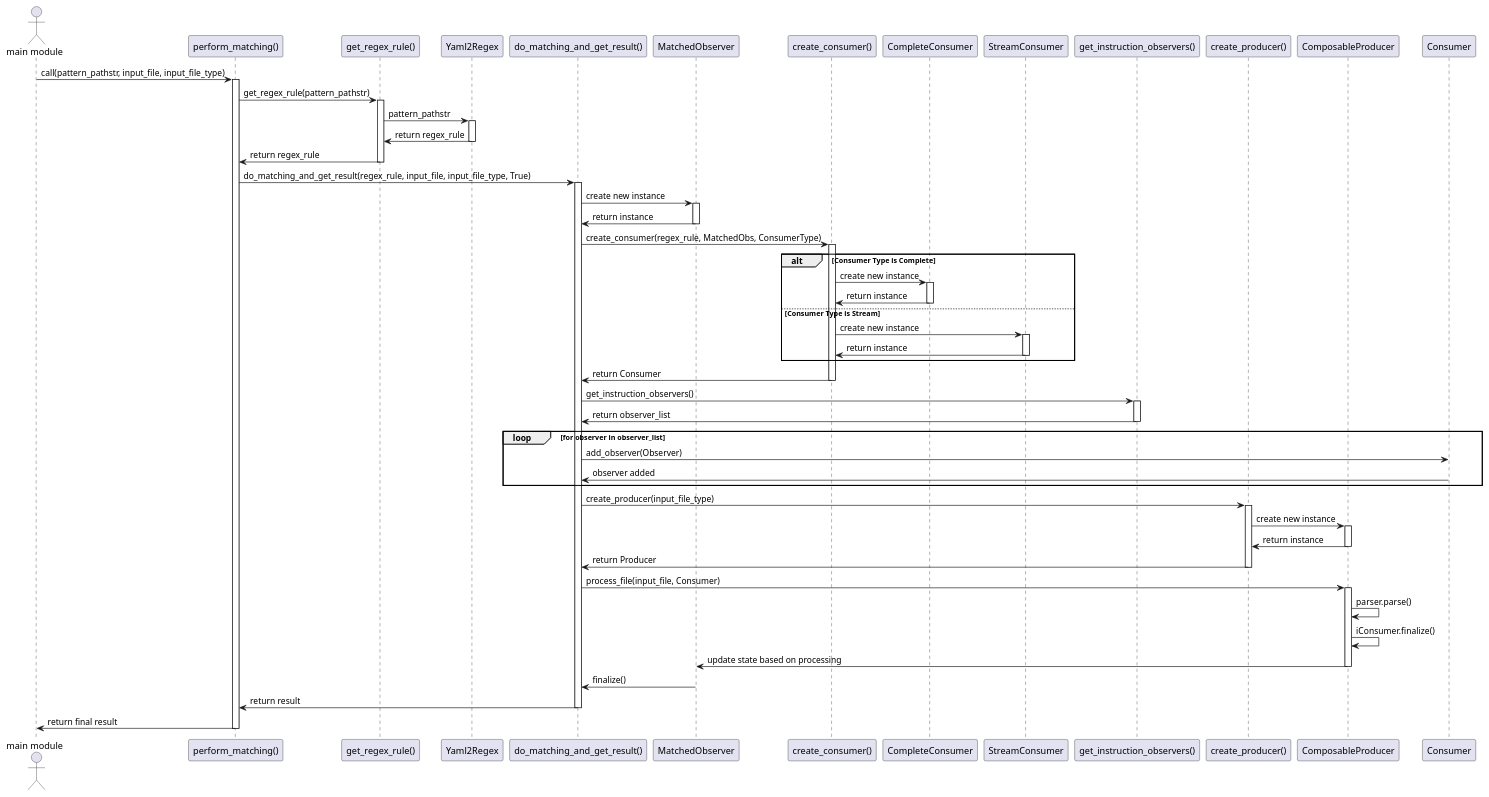
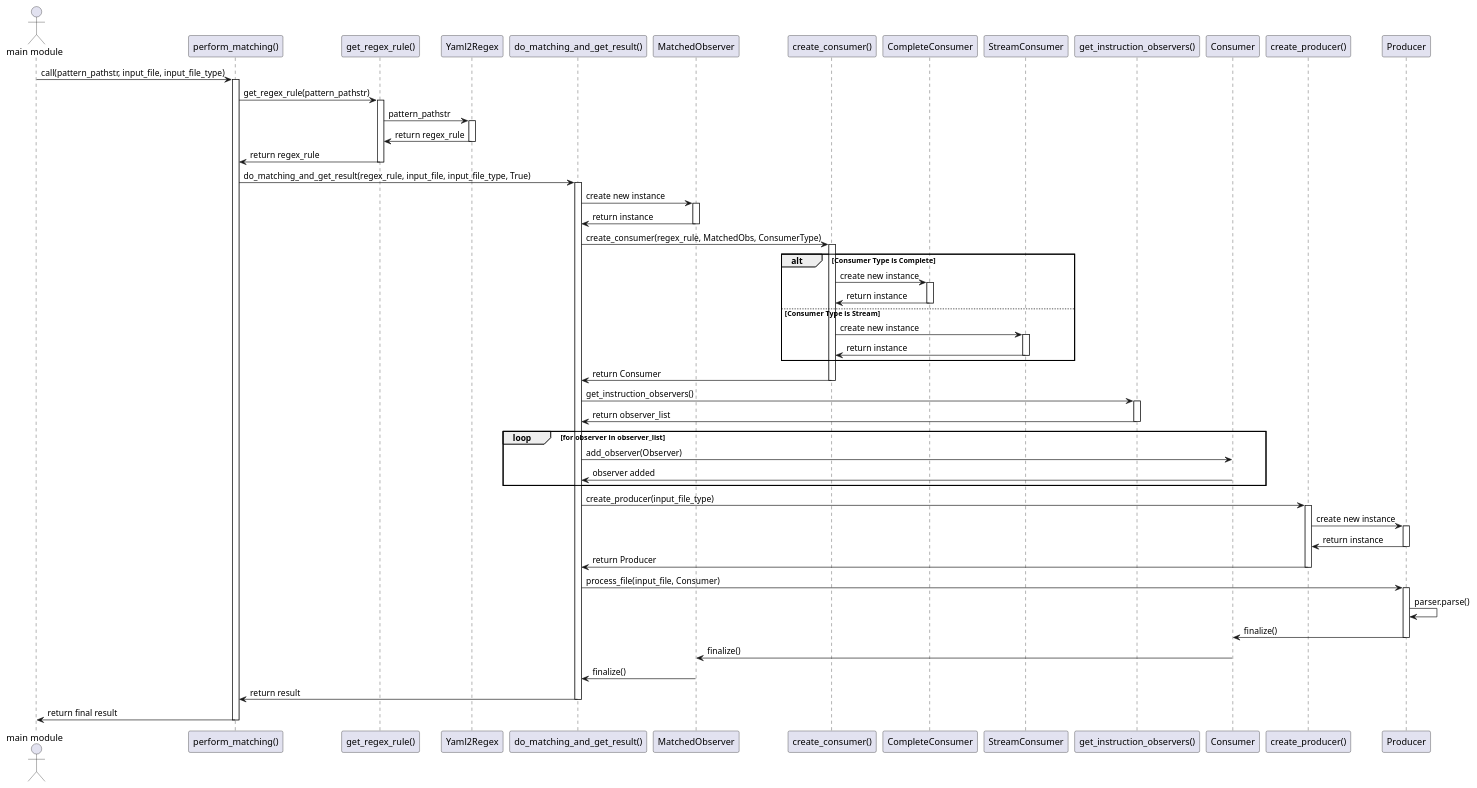
One commit to JukMR/JASM changed the diagram in design/sequence_diagram_match_module.puml. Above: the diagram before and after it, drawn with PlantUML.

Commit message:
Add modifications to sequence diagram about Observers

```diff
--- a/design/sequence_diagram_match_module.puml
+++ b/design/sequence_diagram_match_module.puml
@@ -1,84 +1,86 @@
 @startuml matching component diagram
 actor "main module" as Main
 participant "perform_matching()" as PerformMatching
 participant "get_regex_rule()" as GetRegexRule
 participant "Yaml2Regex" as Yaml2Regex
 participant "do_matching_and_get_result()" as DoMatching
 participant "MatchedObserver" as MatchedObs
 participant "create_consumer()" as CreateConsumer
 participant "CompleteConsumer" as CompleteCons
 participant "StreamConsumer" as StreamCons
 participant "get_instruction_observers()" as GetObservers
+participant "Consumer" as Consumer
+participant "Producer" as Producer
 participant "create_producer()" as CreateProducer
 participant "ComposableProducer" as Producer
 
 Main -> PerformMatching: call(pattern_pathstr, input_file, input_file_type)
 activate PerformMatching
 PerformMatching -> GetRegexRule: get_regex_rule(pattern_pathstr)
 activate GetRegexRule
 
 GetRegexRule -> Yaml2Regex: pattern_pathstr
 activate Yaml2Regex
 Yaml2Regex -> GetRegexRule: return regex_rule
 deactivate Yaml2Regex
 
 GetRegexRule -> PerformMatching: return regex_rule
 deactivate GetRegexRule
 
 PerformMatching -> DoMatching: do_matching_and_get_result(regex_rule, input_file, input_file_type, True)
 activate DoMatching
 
 DoMatching -> MatchedObs: create new instance
 activate MatchedObs
 MatchedObs -> DoMatching: return instance
 deactivate MatchedObs
 
 DoMatching -> CreateConsumer: create_consumer(regex_rule, MatchedObs, ConsumerType)
 activate CreateConsumer
 
 alt Consumer Type is Complete
     CreateConsumer -> CompleteCons: create new instance
     activate CompleteCons
     CompleteCons -> CreateConsumer: return instance
     deactivate CompleteCons
 else Consumer Type is Stream
     CreateConsumer -> StreamCons: create new instance
     activate StreamCons
     StreamCons -> CreateConsumer: return instance
     deactivate StreamCons
 end
 
 CreateConsumer -> DoMatching: return Consumer
 deactivate CreateConsumer
 
 DoMatching -> GetObservers: get_instruction_observers()
 activate GetObservers
 GetObservers -> DoMatching: return observer_list
 deactivate GetObservers
 
 loop for observer in observer_list
     DoMatching -> Consumer: add_observer(Observer)
     Consumer -> DoMatching: observer added
 end
 
 DoMatching -> CreateProducer: create_producer(input_file_type)
 activate CreateProducer
 CreateProducer -> Producer: create new instance
 activate Producer
 Producer -> CreateProducer: return instance
 deactivate Producer
 CreateProducer -> DoMatching: return Producer
 deactivate CreateProducer
 
 DoMatching -> Producer: process_file(input_file, Consumer)
 activate Producer
 Producer -> Producer: parser.parse()
-Producer -> Producer: iConsumer.finalize()
-Producer -> MatchedObs: update state based on processing
+Producer -> Consumer: finalize()
 deactivate Producer
+Consumer -> MatchedObs: finalize()
 MatchedObs -> DoMatching: finalize()
 DoMatching -> PerformMatching: return result
 deactivate DoMatching
 PerformMatching -> Main: return final result
 deactivate PerformMatching
 @enduml
```
